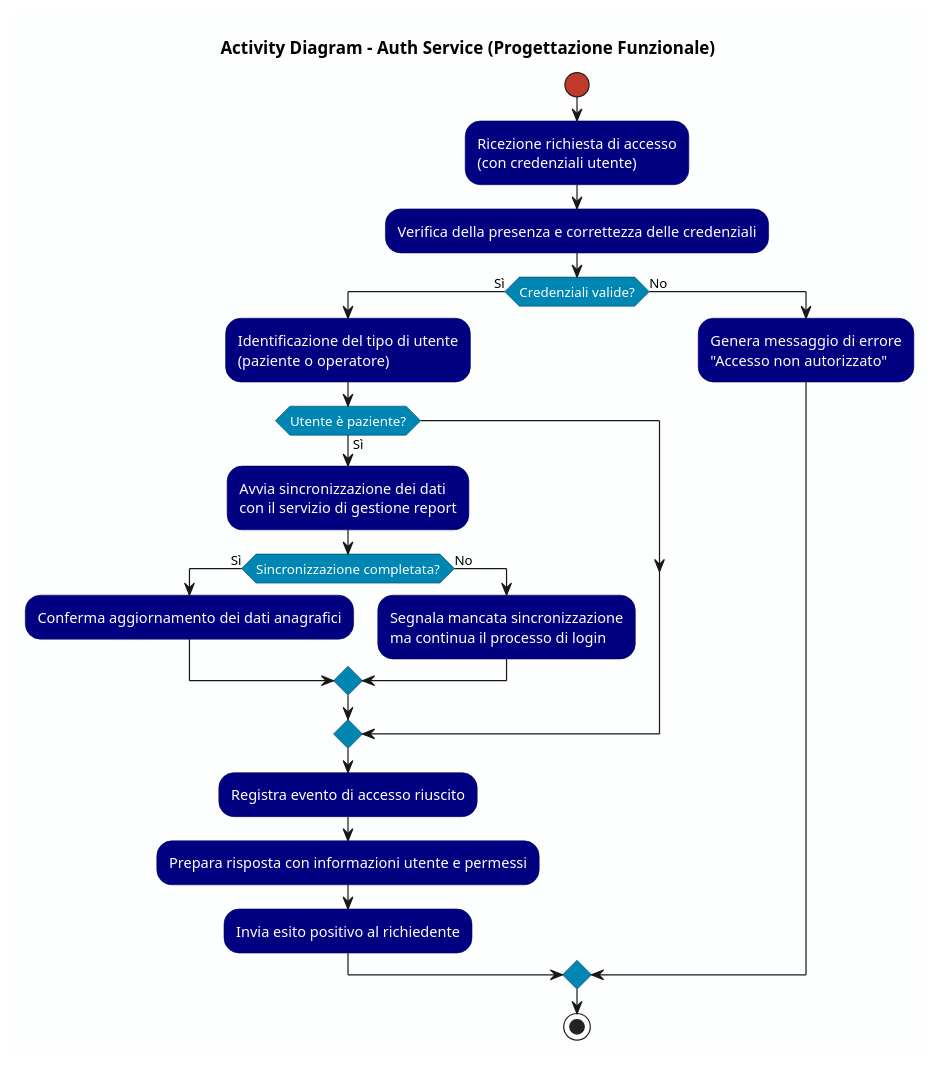
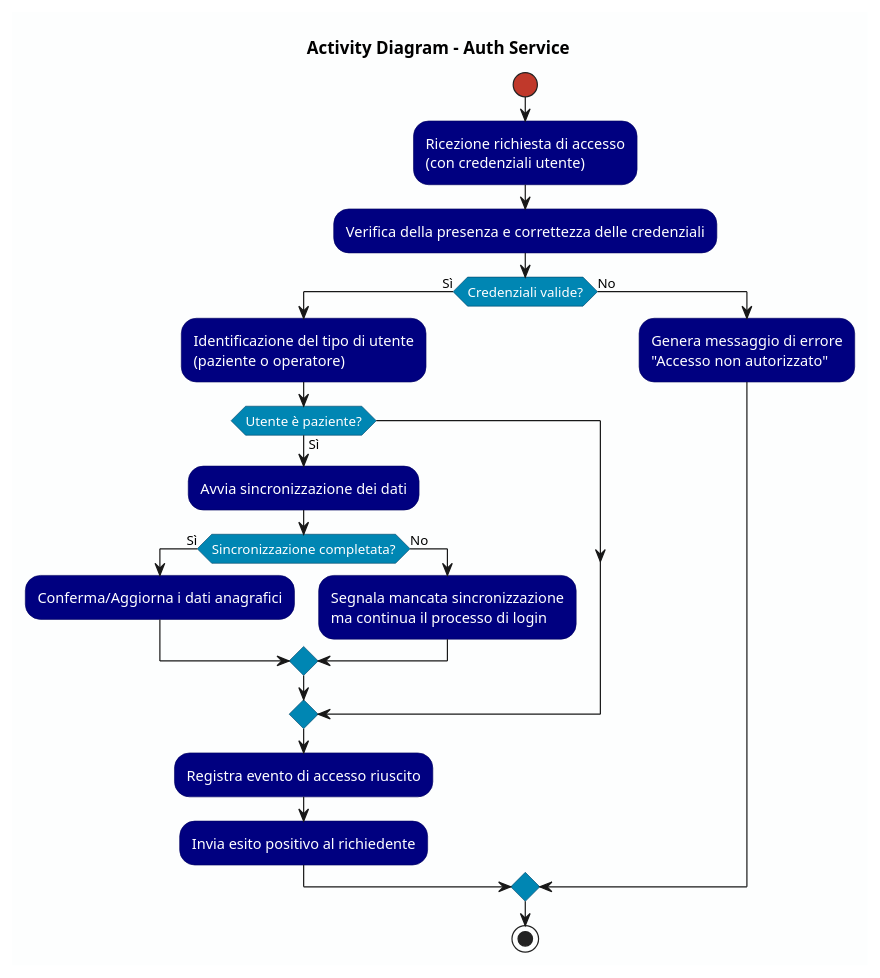
One commit to simodf7/HealthGate changed the diagram in documentation/diagrammi/activity_diagram_AUTH.puml. Above: the diagram before and after it, drawn with PlantUML. The commit also changed 29 other files, not shown here.

```diff
--- a/documentation/diagrammi/activity_diagram_AUTH.puml
+++ b/documentation/diagrammi/activity_diagram_AUTH.puml
@@ -1,41 +1,40 @@
 @startuml activity_diagram_AUTH
-title Activity Diagram - Auth Service (Progettazione Funzionale)
+title Activity Diagram - Auth Service
 
 skinparam backgroundColor #FDFEFE
 skinparam activity {
   BackgroundColor #000080
   BorderColor #000060
   FontColor white
   DiamondBackgroundColor #0086b3
   DiamondBorderColor #004466
   StartColor #C0392B
   EndColor #C0392B
 }
 
 start
 
 :Ricezione richiesta di accesso\n(con credenziali utente);
 
 :Verifica della presenza e correttezza delle credenziali;
 
 if (Credenziali valide?) then (Sì)
   :Identificazione del tipo di utente\n(paziente o operatore);
 
   if (Utente è paziente?) then (Sì)
-    :Avvia sincronizzazione dei dati\ncon il servizio di gestione report;
+    :Avvia sincronizzazione dei dati;
     if (Sincronizzazione completata?) then (Sì)
-      :Conferma aggiornamento dei dati anagrafici;
+      :Conferma/Aggiorna i dati anagrafici;
     else (No)
       :Segnala mancata sincronizzazione\nma continua il processo di login;
     endif
   endif
 
   :Registra evento di accesso riuscito;
-  :Prepara risposta con informazioni utente e permessi;
   :Invia esito positivo al richiedente;
 else (No)
   :Genera messaggio di errore\n"Accesso non autorizzato";
 endif
 
 stop
 @enduml
```
